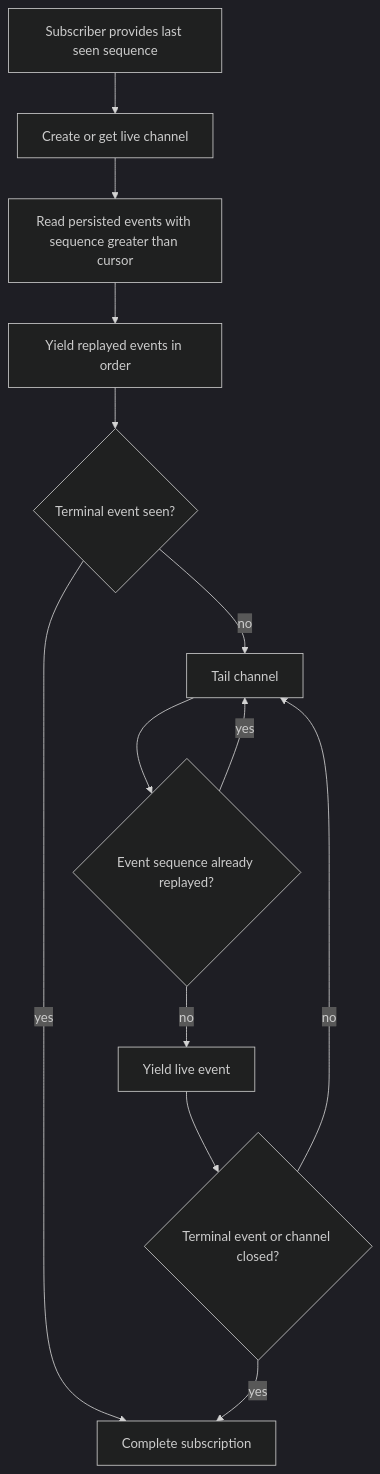
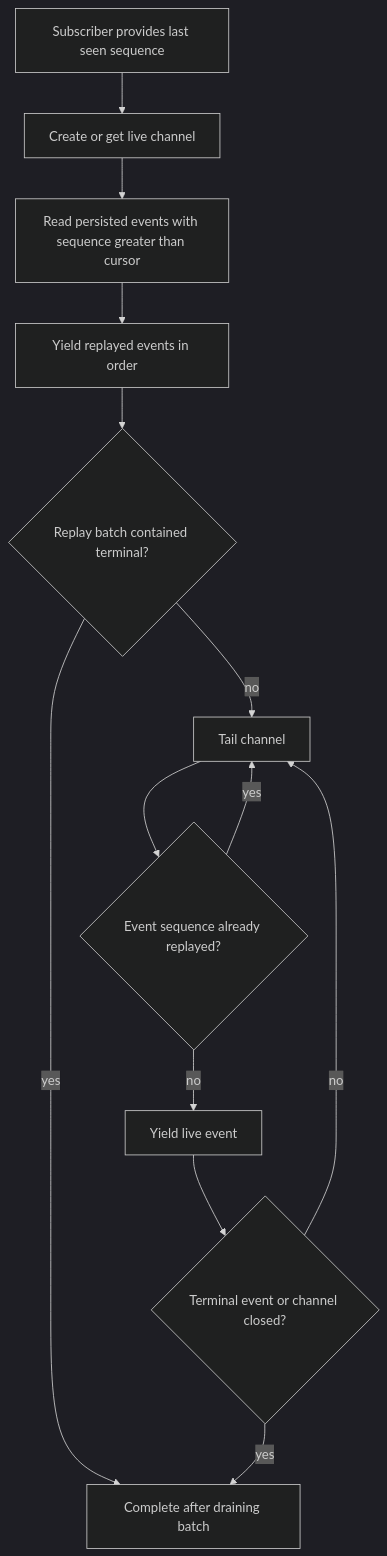
Before and after one commit to sabbour/agentweaver: the third of 5 diagrams in docs/deep-dive/events-observability.md, drawn with Mermaid (dark theme). The commit also changed other lines of this file and 15 other files, not shown here.

````diff
--- a/docs/deep-dive/events-observability.md
+++ b/docs/deep-dive/events-observability.md
@@ -172,15 +181,15 @@
 ```mermaid
 flowchart TD
     A[Subscriber provides last seen sequence] --> B[Create or get live channel]
     B --> C[Read persisted events with sequence greater than cursor]
     C --> D[Yield replayed events in order]
-    D --> E{Terminal event seen?}
-    E -->|yes| Done[Complete subscription]
+    D --> E{Replay batch contained terminal?}
+    E -->|yes| Done[Complete after draining batch]
     E -->|no| F[Tail channel]
     F --> G{Event sequence already replayed?}
     G -->|yes| F
     G -->|no| H[Yield live event]
     H --> I{Terminal event or channel closed?}
     I -->|yes| Done
     I -->|no| F
 ```
````
